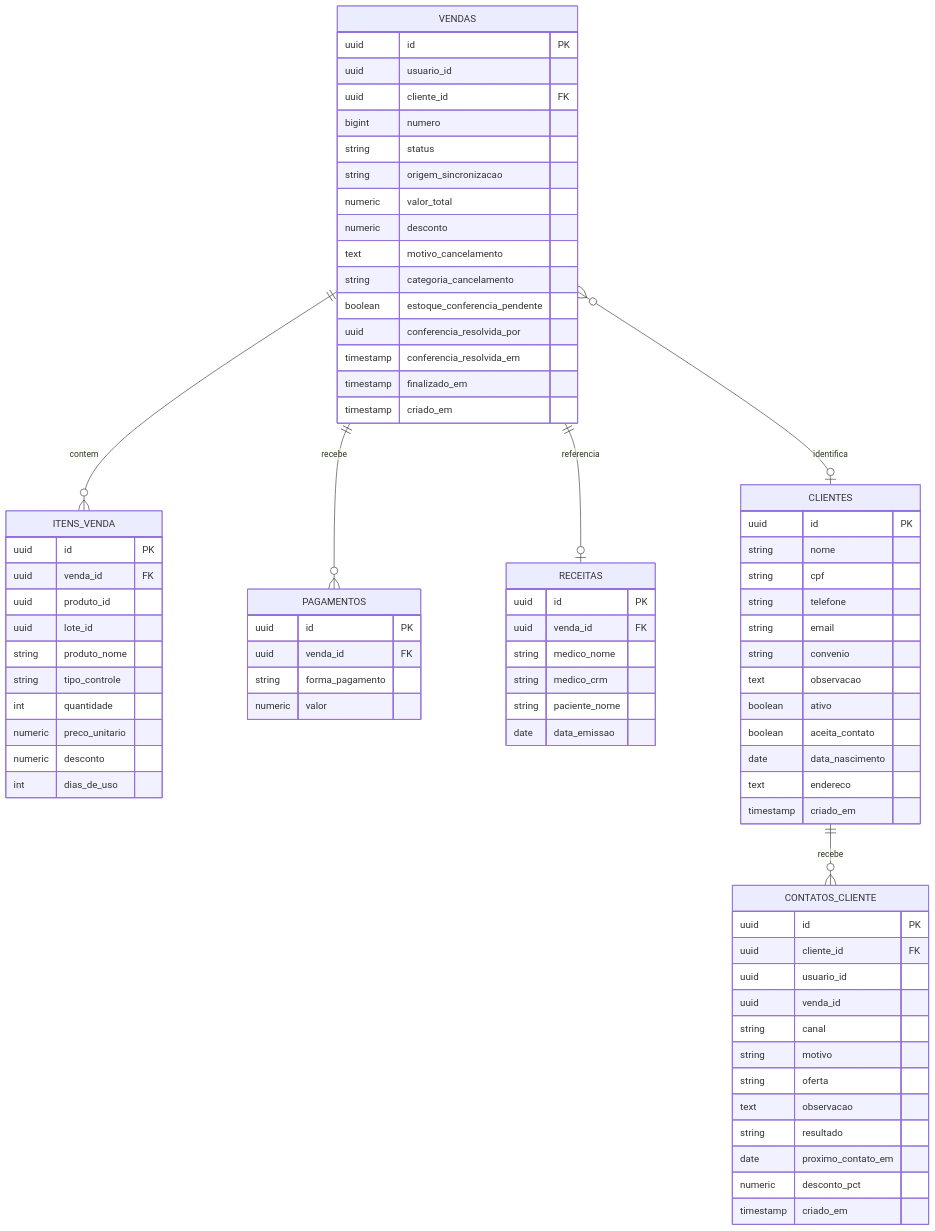
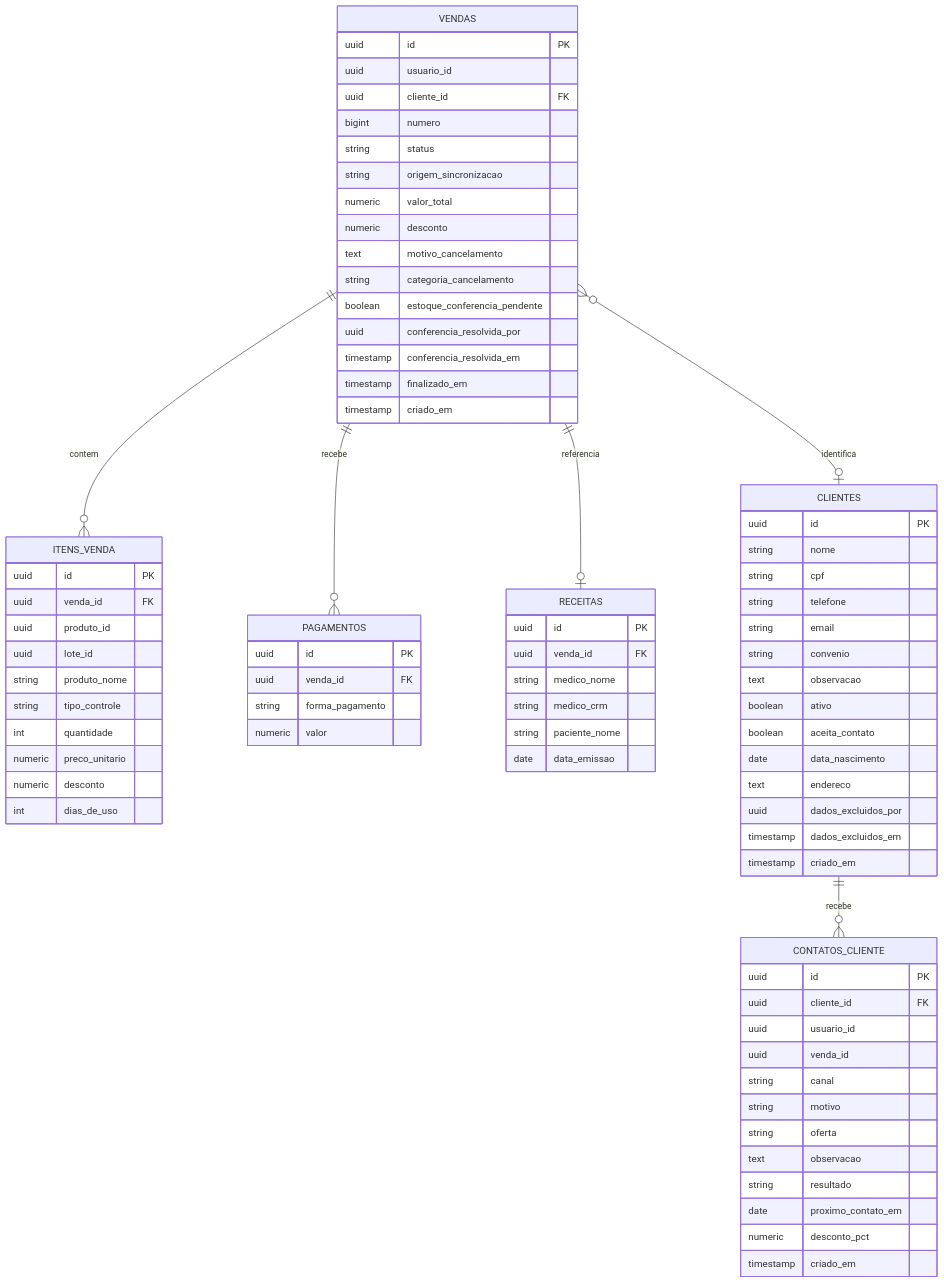
Before and after one commit to EduFerreira13/Arkos-Farmacia: the third of 6 diagrams in docs/MODELO-DADOS.md, drawn with Mermaid. The commit also changed other lines of this file and 9 other files, not shown here.

````diff
--- a/docs/MODELO-DADOS.md
+++ b/docs/MODELO-DADOS.md
@@ -138,80 +138,82 @@
 ```mermaid
 erDiagram
   VENDAS ||--o{ ITENS_VENDA : contem
   VENDAS ||--o{ PAGAMENTOS : recebe
   VENDAS ||--o| RECEITAS : referencia
   VENDAS }o--o| CLIENTES : identifica
   CLIENTES ||--o{ CONTATOS_CLIENTE : recebe
 
   VENDAS {
     uuid id PK
     uuid usuario_id
     uuid cliente_id FK
     bigint numero
     string status
     string origem_sincronizacao
     numeric valor_total
     numeric desconto
     text motivo_cancelamento
     string categoria_cancelamento
     boolean estoque_conferencia_pendente
     uuid conferencia_resolvida_por
     timestamp conferencia_resolvida_em
     timestamp finalizado_em
     timestamp criado_em
   }
   ITENS_VENDA {
     uuid id PK
     uuid venda_id FK
     uuid produto_id
     uuid lote_id
     string produto_nome
     string tipo_controle
     int quantidade
     numeric preco_unitario
     numeric desconto
     int dias_de_uso
   }
   PAGAMENTOS {
     uuid id PK
     uuid venda_id FK
     string forma_pagamento
     numeric valor
   }
   RECEITAS {
     uuid id PK
     uuid venda_id FK
     string medico_nome
     string medico_crm
     string paciente_nome
     date data_emissao
   }
   CLIENTES {
     uuid id PK
     string nome
     string cpf
     string telefone
     string email
     string convenio
     text observacao
     boolean ativo
     boolean aceita_contato
     date data_nascimento
     text endereco
+    uuid dados_excluidos_por
+    timestamp dados_excluidos_em
     timestamp criado_em
   }
   CONTATOS_CLIENTE {
     uuid id PK
     uuid cliente_id FK
     uuid usuario_id
     uuid venda_id
     string canal
     string motivo
     string oferta
     text observacao
     string resultado
     date proximo_contato_em
     numeric desconto_pct
     timestamp criado_em
   }
 ```
````
